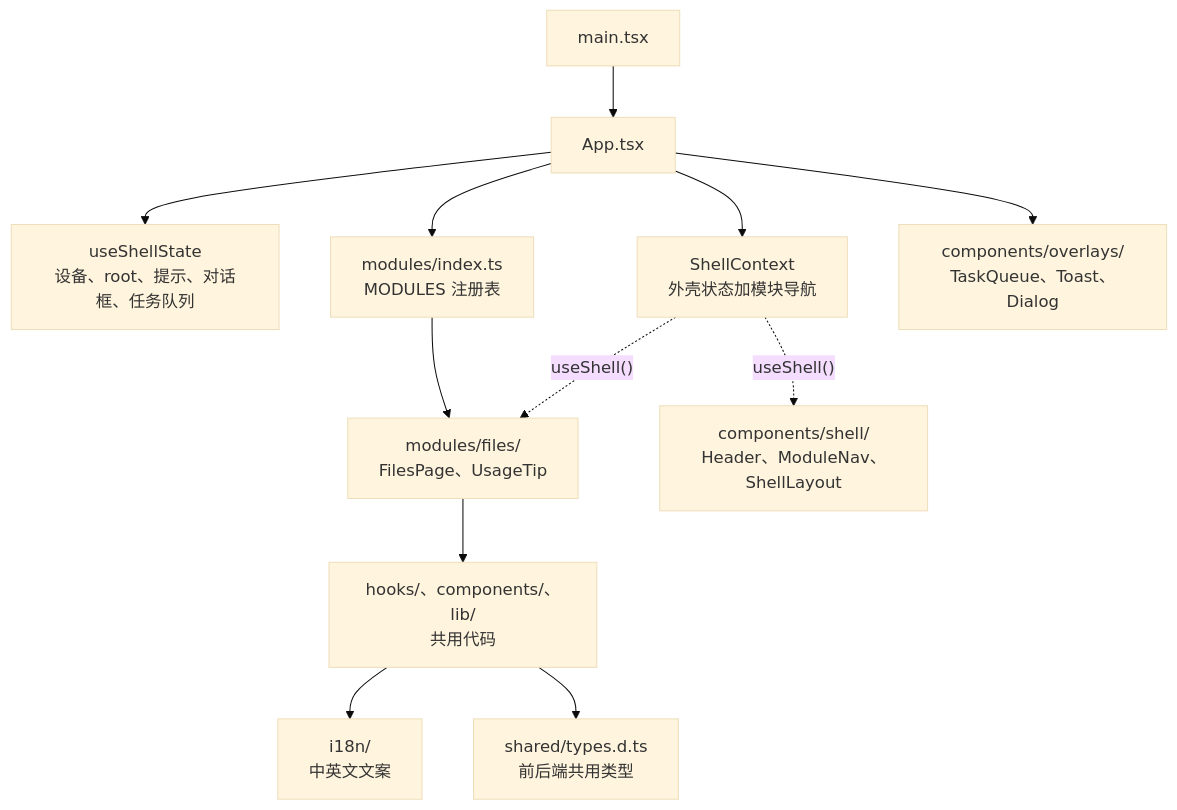
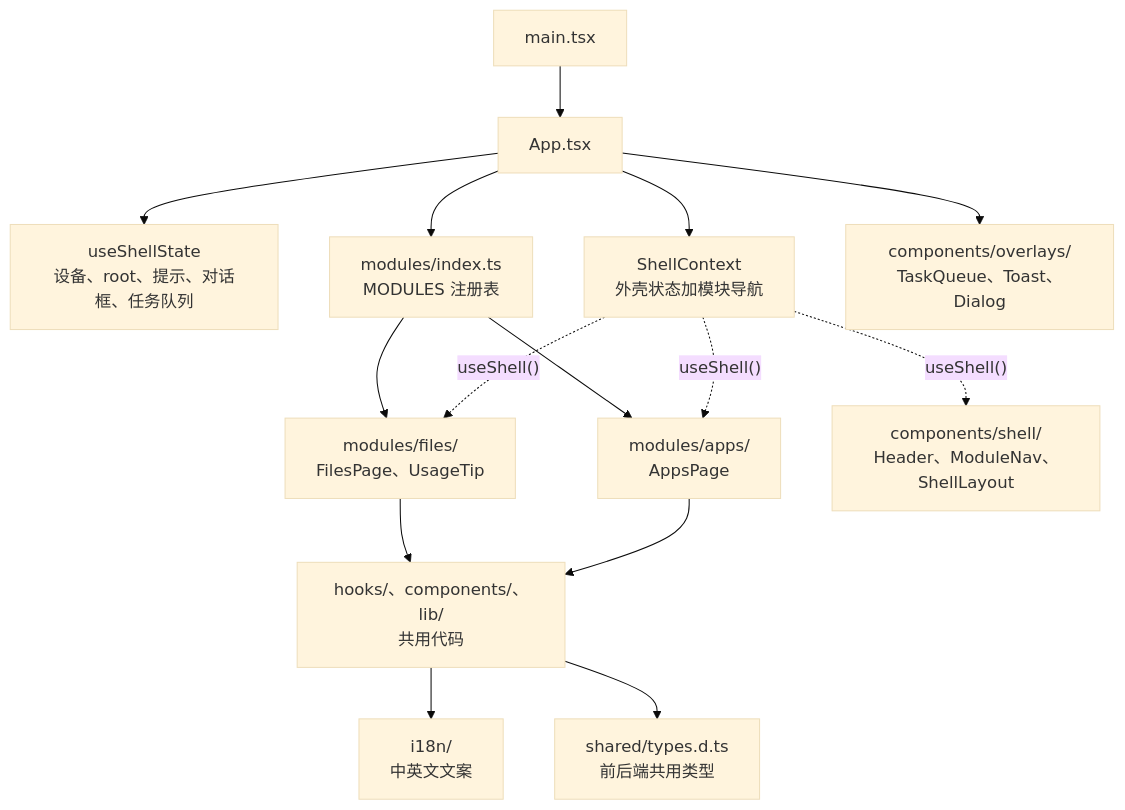
One commit to wynnyu/adb-file-manager changed the fifth of 13 diagrams in docs/architecture.md. Above: the diagram before and after it, drawn with Mermaid (base theme). The commit also changed other lines of this file and 5 other files, not shown here.

````diff
--- a/docs/architecture.md
+++ b/docs/architecture.md
@@ -144,14 +146,16 @@
 ```mermaid
 flowchart TB
   main["main.tsx"] --> App["App.tsx"]
   App --> state["useShellState<br/>设备、root、提示、对话框、任务队列"]
   App --> ctx["ShellContext<br/>外壳状态加模块导航"]
   App --> registry["modules/index.ts<br/>MODULES 注册表"]
   registry --> files["modules/files/<br/>FilesPage、UsageTip"]
+  registry --> apps["modules/apps/<br/>AppsPage"]
   ctx -. "useShell()" .-> files
+  ctx -. "useShell()" .-> apps
   ctx -. "useShell()" .-> shellui["components/shell/<br/>Header、ModuleNav、ShellLayout"]
   App --> overlays["components/overlays/<br/>TaskQueue、Toast、Dialog"]
-  files --> shared["hooks/、components/、lib/<br/>共用代码"]
+  files & apps --> shared["hooks/、components/、lib/<br/>共用代码"]
   shared --> i18n["i18n/<br/>中英文文案"]
   shared --> shared_types["shared/types.d.ts<br/>前后端共用类型"]
 ```
````
